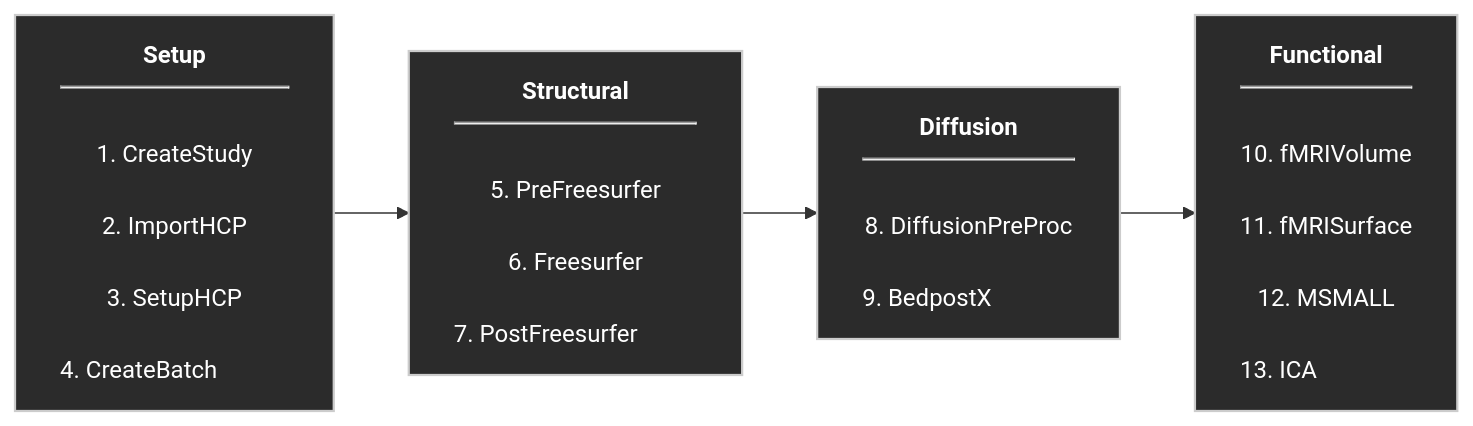
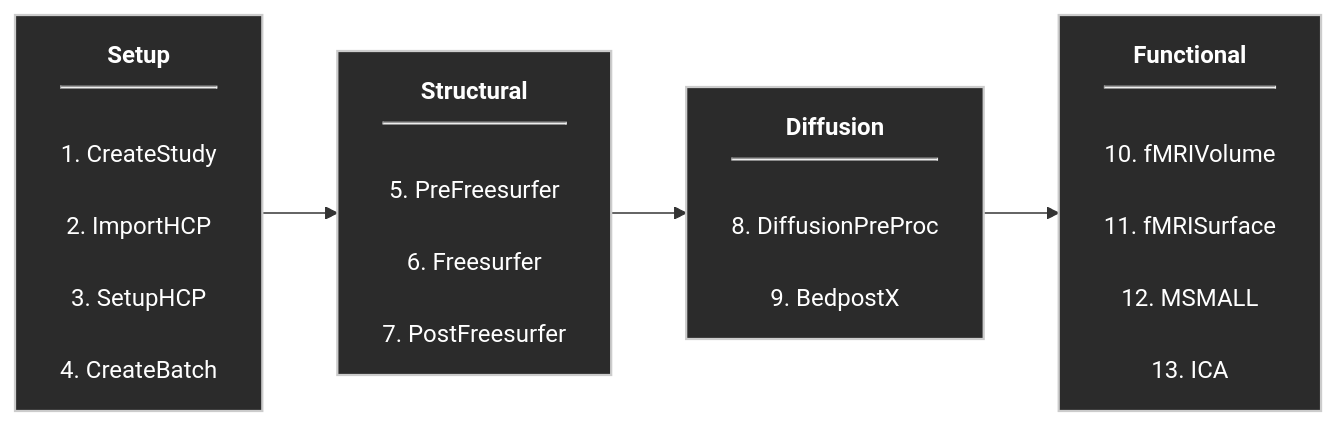
Before and after one commit to SPMIC-UoN/QuNex_Processing_Pipeline: the diagram in README.md, drawn with Mermaid. The commit also changed other lines of this file, not shown here.

````diff
--- a/README.md
+++ b/README.md
@@ -38,34 +38,30 @@
 ```mermaid
 flowchart LR
 
-%% ---------- Styling ----------
 classDef stage fill:#2b2b2b,stroke:#cccccc,stroke-width:1.5px,color:#ffffff;
 
-%% ---------- Pipeline Stages (pad on RIGHT only) ----------
 Setup["<b>Setup</b><hr/>
 1. CreateStudy<br/>
 2. ImportHCP<br/>
 3. SetupHCP<br/>
-4. CreateBatch&nbsp;&nbsp;&nbsp;&nbsp;&nbsp;&nbsp;&nbsp;&nbsp;&nbsp;&nbsp;&nbsp;&nbsp;"]
+4. CreateBatch"]
 
 Structural["<b>Structural</b><hr/>
 5. PreFreesurfer<br/>
 6. Freesurfer<br/>
-7. PostFreesurfer&nbsp;&nbsp;&nbsp;&nbsp;&nbsp;&nbsp;&nbsp;&nbsp;&nbsp;&nbsp;"]
+7. PostFreesurfer"]
 
 Diffusion["<b>Diffusion</b><hr/>
 8. DiffusionPreProc<br/>
-9. BedpostX&nbsp;&nbsp;&nbsp;&nbsp;&nbsp;&nbsp;&nbsp;&nbsp;&nbsp;&nbsp;&nbsp;&nbsp;&nbsp;&nbsp;"]
+9. BedpostX"]
 
 Functional["<b>Functional</b><hr/>
 10. fMRIVolume<br/>
 11. fMRISurface<br/>
 12. MSMALL<br/>
-13. ICA&nbsp;&nbsp;&nbsp;&nbsp;&nbsp;&nbsp;&nbsp;&nbsp;&nbsp;&nbsp;&nbsp;&nbsp;&nbsp;&nbsp;&nbsp;&nbsp;"]
+13. ICA"]
 
-%% ---------- Connections ----------
 Setup --> Structural --> Diffusion --> Functional
 
-%% ---------- Apply Style ----------
 class Setup,Structural,Diffusion,Functional stage;
 ```
````
